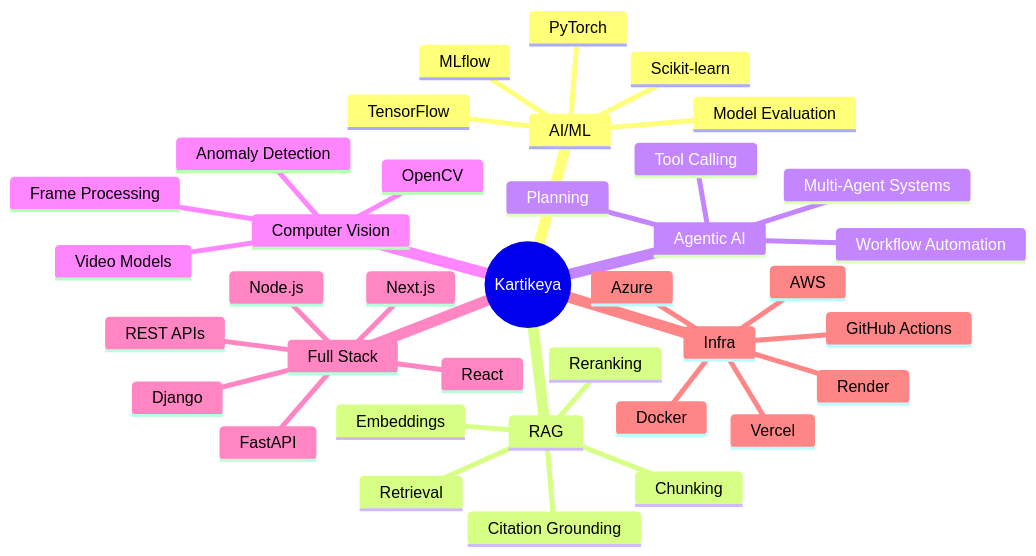
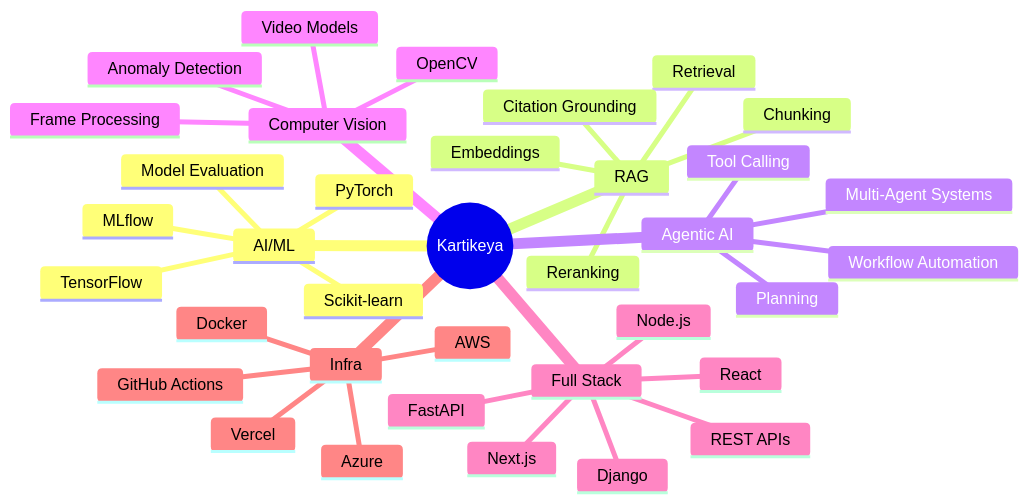
The first of 2 diagrams in README.md (KartikeyaM2007/KartikeyaM2007), drawn with Mermaid before and after one commit. The commit also changed other lines of this file, not shown here.

````diff
--- a/README.md
+++ b/README.md
@@ -147,40 +173,39 @@
 ```mermaid
 mindmap
   root((Kartikeya))
     AI/ML
       PyTorch
       TensorFlow
       Scikit-learn
       MLflow
       Model Evaluation
     RAG
       Chunking
       Embeddings
       Retrieval
       Reranking
       Citation Grounding
     Agentic AI
       Tool Calling
       Workflow Automation
       Multi-Agent Systems
       Planning
     Computer Vision
       OpenCV
       Video Models
       Anomaly Detection
       Frame Processing
     Full Stack
       Next.js
       React
       Node.js
       FastAPI
       Django
       REST APIs
     Infra
       Docker
       GitHub Actions
       Vercel
       AWS
       Azure
-      Render
 ```
````
